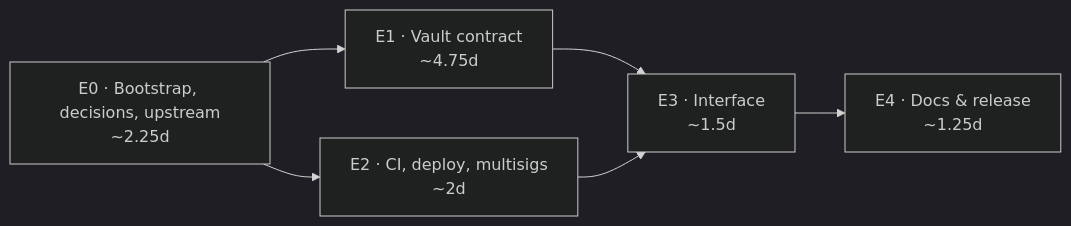
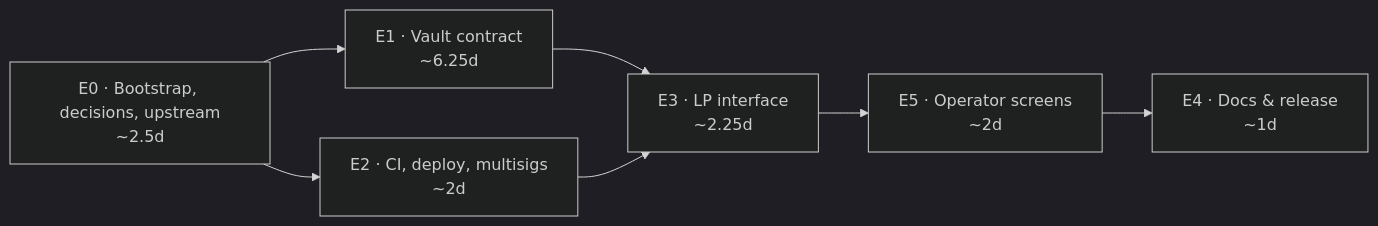
One commit to BootNodeDev/strata-vault-kit changed the diagram in docs/roadmap-m1.md. Above: the diagram before and after it, drawn with Mermaid (dark theme). The commit also changed other lines of this file and 2 other files, not shown here.

First line of the commit message:
docs: add the project brief and the M1 roadmap

````diff
--- a/docs/roadmap-m1.md
+++ b/docs/roadmap-m1.md
@@ -62,14 +79,16 @@
 ```mermaid
 flowchart LR
-    D0["E0 · Bootstrap, decisions, upstream<br/>~2.25d"]
-    D1["E1 · Vault contract<br/>~4.75d"]
+    D0["E0 · Bootstrap, decisions, upstream<br/>~2.5d"]
+    D1["E1 · Vault contract<br/>~6.25d"]
     D2["E2 · CI, deploy, multisigs<br/>~2d"]
-    D3["E3 · Interface<br/>~1.5d"]
-    D4["E4 · Docs & release<br/>~1.25d"]
+    D3["E3 · LP interface<br/>~2.25d"]
+    D5["E5 · Operator screens<br/>~2d"]
+    D4["E4 · Docs & release<br/>~1d"]
 
     D0 --> D1
     D0 --> D2
     D1 --> D3
     D2 --> D3
-    D3 --> D4
+    D3 --> D5
+    D5 --> D4
 ```
````
